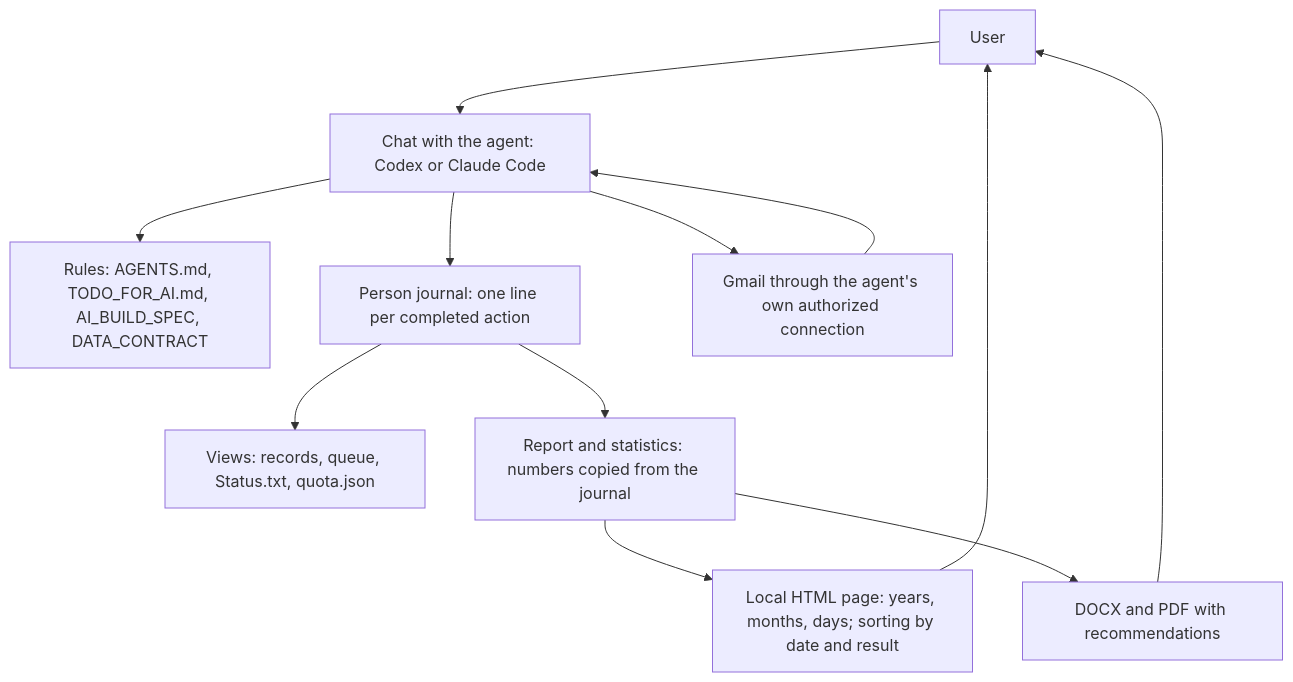
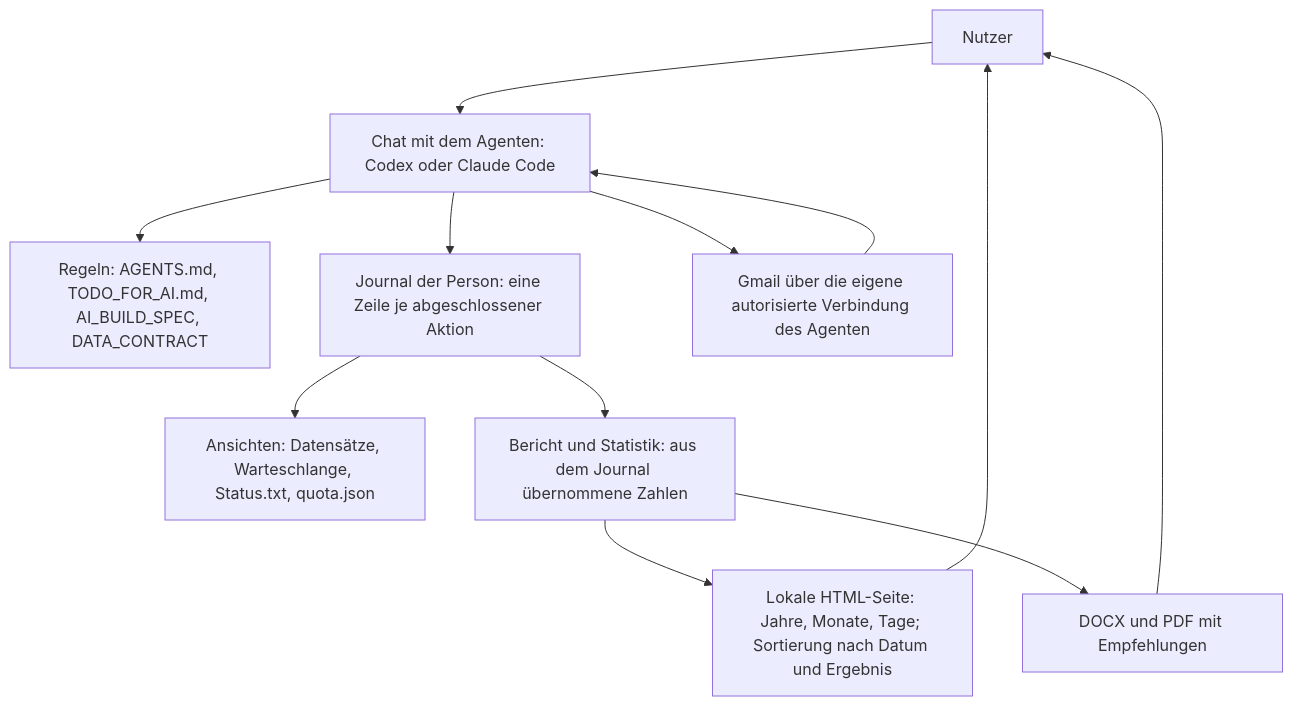
Before and after one commit to HomenSAI/homensai-jobpilot: the diagram in docs/de/ARCHITECTURE.md, drawn with Mermaid. The commit also changed other lines of this file and 57 other files, not shown here.

````diff
--- a/docs/de/ARCHITECTURE.md
+++ b/docs/de/ARCHITECTURE.md
@@ -24,14 +24,14 @@
 ```mermaid
 flowchart TD
-    U[User] --> A[Chat with the agent: Codex or Claude Code]
-    A --> R[Rules: AGENTS.md, TODO_FOR_AI.md, AI_BUILD_SPEC, DATA_CONTRACT]
-    A --> J[Person journal: one line per completed action]
-    J --> P[Views: records, queue, Status.txt, quota.json]
-    A --> M[Gmail through the agent's own authorized connection]
+    U[Nutzer] --> A[Chat mit dem Agenten: Codex oder Claude Code]
+    A --> R[Regeln: AGENTS.md, TODO_FOR_AI.md, AI_BUILD_SPEC, DATA_CONTRACT]
+    A --> J[Journal der Person: eine Zeile je abgeschlossener Aktion]
+    J --> P[Ansichten: Datensätze, Warteschlange, Status.txt, quota.json]
+    A --> M[Gmail über die eigene autorisierte Verbindung des Agenten]
     M --> A
-    J --> B[Report and statistics: numbers copied from the journal]
-    B --> H[Local HTML page: years, months, days; sorting by date and result]
-    B --> F[DOCX and PDF with recommendations]
+    J --> B[Bericht und Statistik: aus dem Journal übernommene Zahlen]
+    B --> H[Lokale HTML-Seite: Jahre, Monate, Tage; Sortierung nach Datum und Ergebnis]
+    B --> F[DOCX und PDF mit Empfehlungen]
     H --> U
     F --> U
 ```
````
